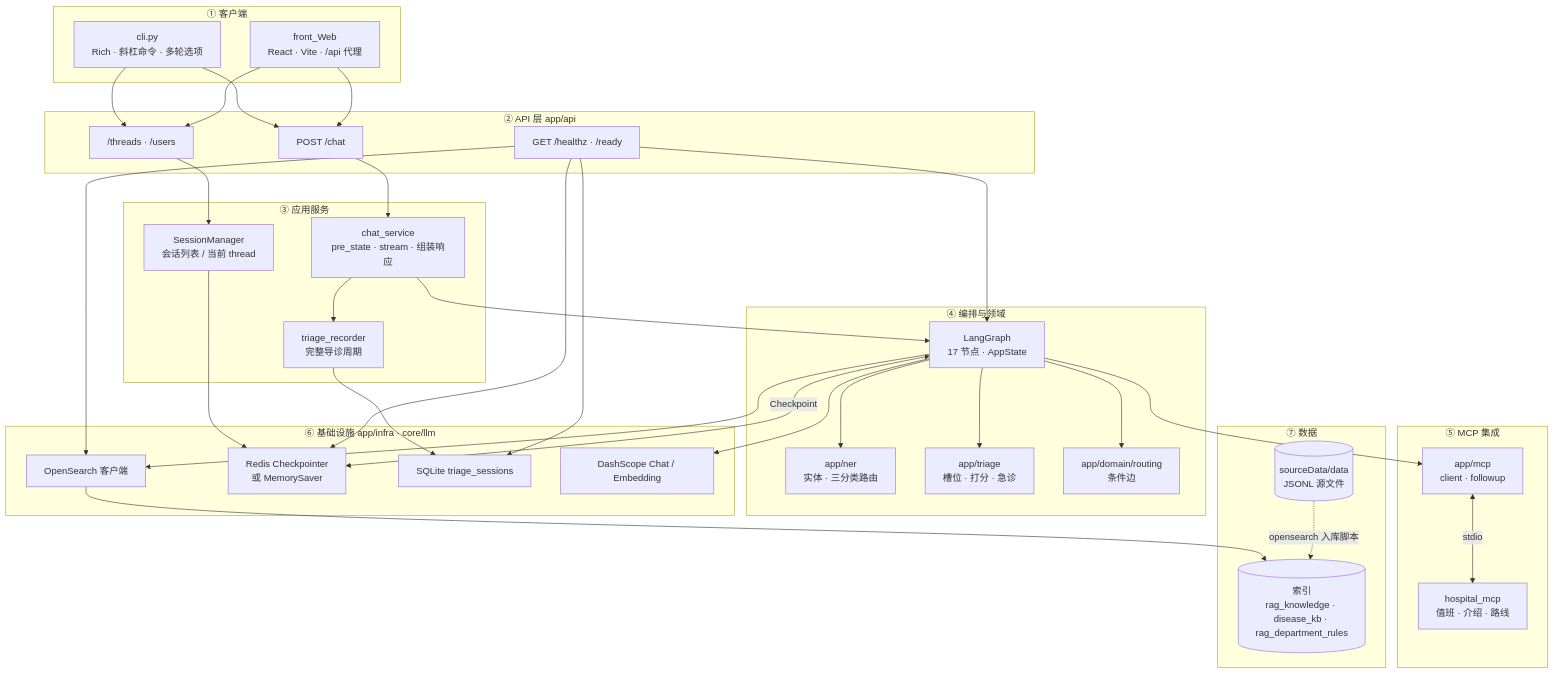
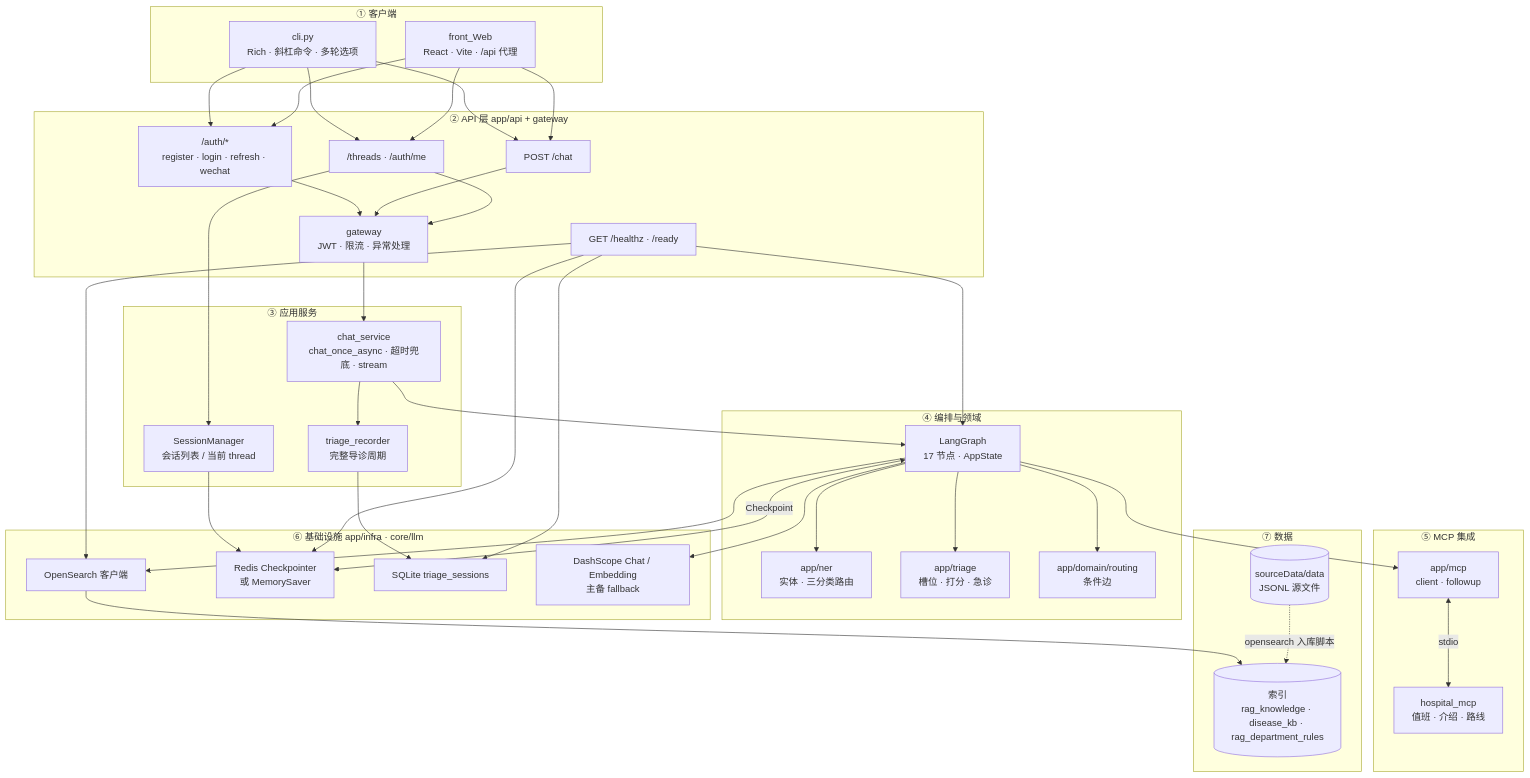
One commit to lobokiol/InitialArchitectureForMedicalAgent1 changed the diagram in README.md. Above: the diagram before and after it, drawn with Mermaid. The commit also changed other lines of this file and 8 other files, not shown here.

Commit message:
docs: add Archify runtime architecture diagram

````diff
--- a/README.md
+++ b/README.md
@@ -76,59 +85,62 @@
 ```mermaid
 flowchart TB
     subgraph L1["① 客户端"]
         CLI["cli.py<br/>Rich · 斜杠命令 · 多轮选项"]
         WEB["front_Web<br/>React · Vite · /api 代理"]
     end
 
-    subgraph L2["② API 层 app/api"]
+    subgraph L2["② API 层 app/api + gateway"]
+        AUTH["/auth/*<br/>register · login · refresh · wechat"]
         CHAT["POST /chat"]
-        THREADS["/threads · /users"]
+        THREADS["/threads · /auth/me"]
         HEALTH["GET /healthz · /ready"]
+        GW["gateway<br/>JWT · 限流 · 异常处理"]
     end
 
     subgraph L3["③ 应用服务"]
-        CS["chat_service<br/>pre_state · stream · 组装响应"]
+        CS["chat_service<br/>chat_once_async · 超时兜底 · stream"]
         TR["triage_recorder<br/>完整导诊周期"]
         SM["SessionManager<br/>会话列表 / 当前 thread"]
     end
 
     subgraph L4["④ 编排与领域"]
         LG["LangGraph<br/>17 节点 · AppState"]
         NER["app/ner<br/>实体 · 三分类路由"]
         TRI["app/triage<br/>槽位 · 打分 · 急诊"]
         RT["app/domain/routing<br/>条件边"]
     end
 
     subgraph L5["⑤ MCP 集成"]
         MCP_CLIENT["app/mcp<br/>client · followup"]
         HOSP_MCP["hospital_mcp<br/>值班 · 介绍 · 路线"]
     end
 
     subgraph L6["⑥ 基础设施 app/infra · core/llm"]
         OS["OpenSearch 客户端"]
         RD["Redis Checkpointer<br/>或 MemorySaver"]
         SQ["SQLite triage_sessions"]
-        LLM["DashScope Chat / Embedding"]
+        LLM["DashScope Chat / Embedding<br/>主备 fallback"]
     end
 
     subgraph L7["⑦ 数据"]
         IDX[("索引<br/>rag_knowledge · disease_kb · rag_department_rules")]
         JSONL[("sourceData/data<br/>JSONL 源文件")]
     end
 
-    CLI & WEB --> CHAT & THREADS
-    CHAT --> CS
+    CLI & WEB --> AUTH & CHAT & THREADS
+    AUTH & CHAT & THREADS --> GW
+    GW --> CS
     THREADS --> SM
     CS --> LG
     CS --> TR
     LG --> NER & TRI & RT
     LG --> OS & LLM
     LG --> MCP_CLIENT
     MCP_CLIENT <-->|stdio| HOSP_MCP
     LG <-->|Checkpoint| RD
     SM --> RD
     TR --> SQ
     OS --> IDX
     JSONL -.->|opensearch 入库脚本| IDX
     HEALTH --> OS & RD & SQ & LG
 ```
````
